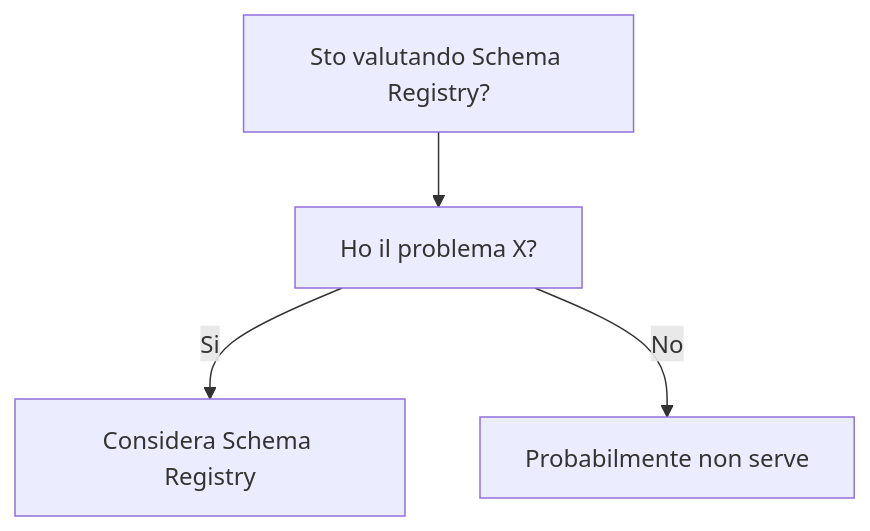
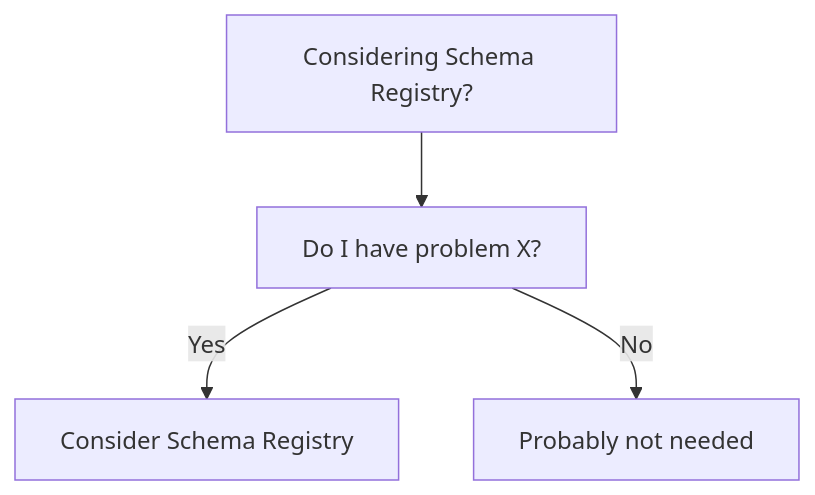
The diagram in dev-wiki/13_Integration/Patterns/Schema_Registry/When_To_Use.md (HxT9/Software-Dev-Wiki), drawn with Mermaid before and after one commit. The commit also changed other lines of this file and 3444 other files, not shown here.

````diff
--- a/dev-wiki/13_Integration/Patterns/Schema_Registry/When_To_Use.md
+++ b/dev-wiki/13_Integration/Patterns/Schema_Registry/When_To_Use.md
@@ -19,6 +19,6 @@
 ```mermaid
 flowchart TD
-  Q[Sto valutando Schema Registry?] --> Q1[Ho il problema X?]
-  Q1 -->|Si| OK[Considera Schema Registry]
-  Q1 -->|No| NO[Probabilmente non serve]
+  Q[Considering Schema Registry?] --> Q1[Do I have problem X?]
+  Q1 -->|Yes| OK[Consider Schema Registry]
+  Q1 -->|No| NO[Probably not needed]
 ```
````
